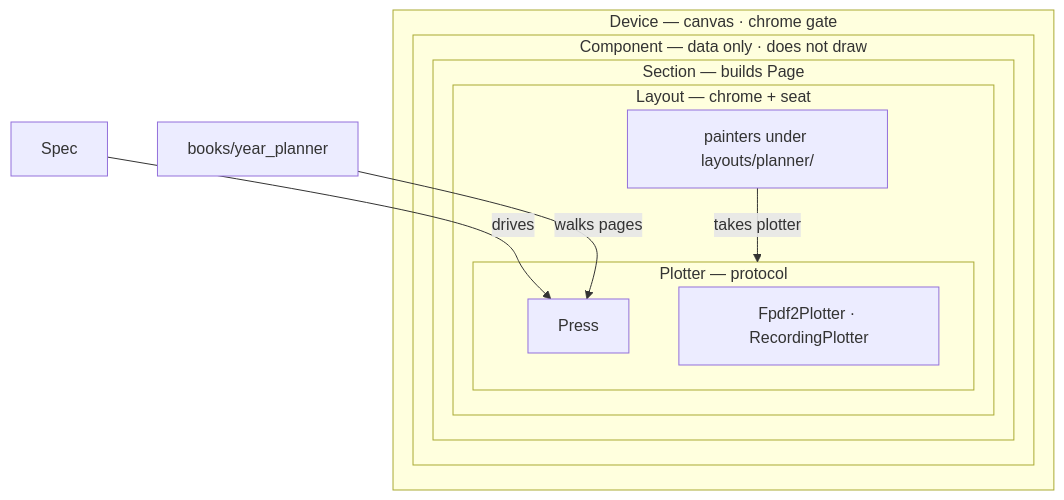
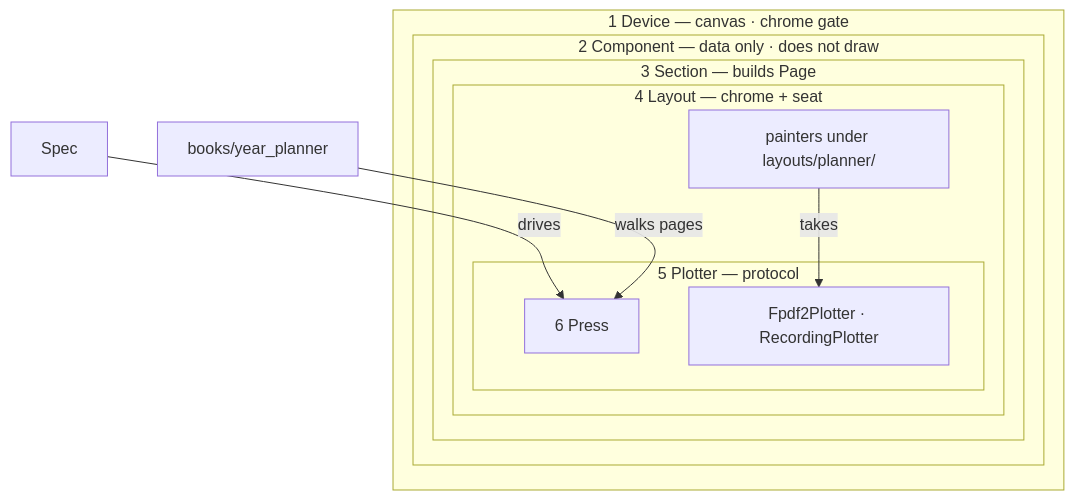
One commit to yyolk/parch changed the diagram in README.md. Above: the diagram before and after it, drawn with Mermaid.

Commit message:
docs: use GitHub-safer numbered Architecture mermaid
Renumber Device→Press rings; Spec/year_planner drive Press;
Painters take Backends instead of a buried subgraph edge.

````diff
--- a/README.md
+++ b/README.md
@@ -11,20 +11,21 @@
 ```mermaid
 flowchart TB
-  Spec[Spec] -->|drives| PressCore
-  YP["books/year_planner"] -->|walks pages| PressCore
+  Spec[Spec] -->|drives| Press
+  YP["books/year_planner"] -->|walks pages| Press
 
-  subgraph device ["Device — canvas · chrome gate"]
-    subgraph component ["Component — data only · does not draw"]
-      subgraph section ["Section — builds Page"]
-        subgraph layout ["Layout — chrome + seat"]
+  subgraph device ["1 Device — canvas · chrome gate"]
+    subgraph component ["2 Component — data only · does not draw"]
+      subgraph section ["3 Section — builds Page"]
+        subgraph layout ["4 Layout — chrome + seat"]
           Painters["painters under layouts/planner/"]
-          subgraph plotter ["Plotter — protocol"]
-            PressCore["Press"]
+          subgraph plotter ["5 Plotter — protocol"]
+            Press["6 Press"]
             Backends["Fpdf2Plotter · RecordingPlotter"]
           end
-          Painters -->|takes plotter| plotter
         end
       end
     end
   end
+
+  Painters -->|takes| Backends
 ```
````
